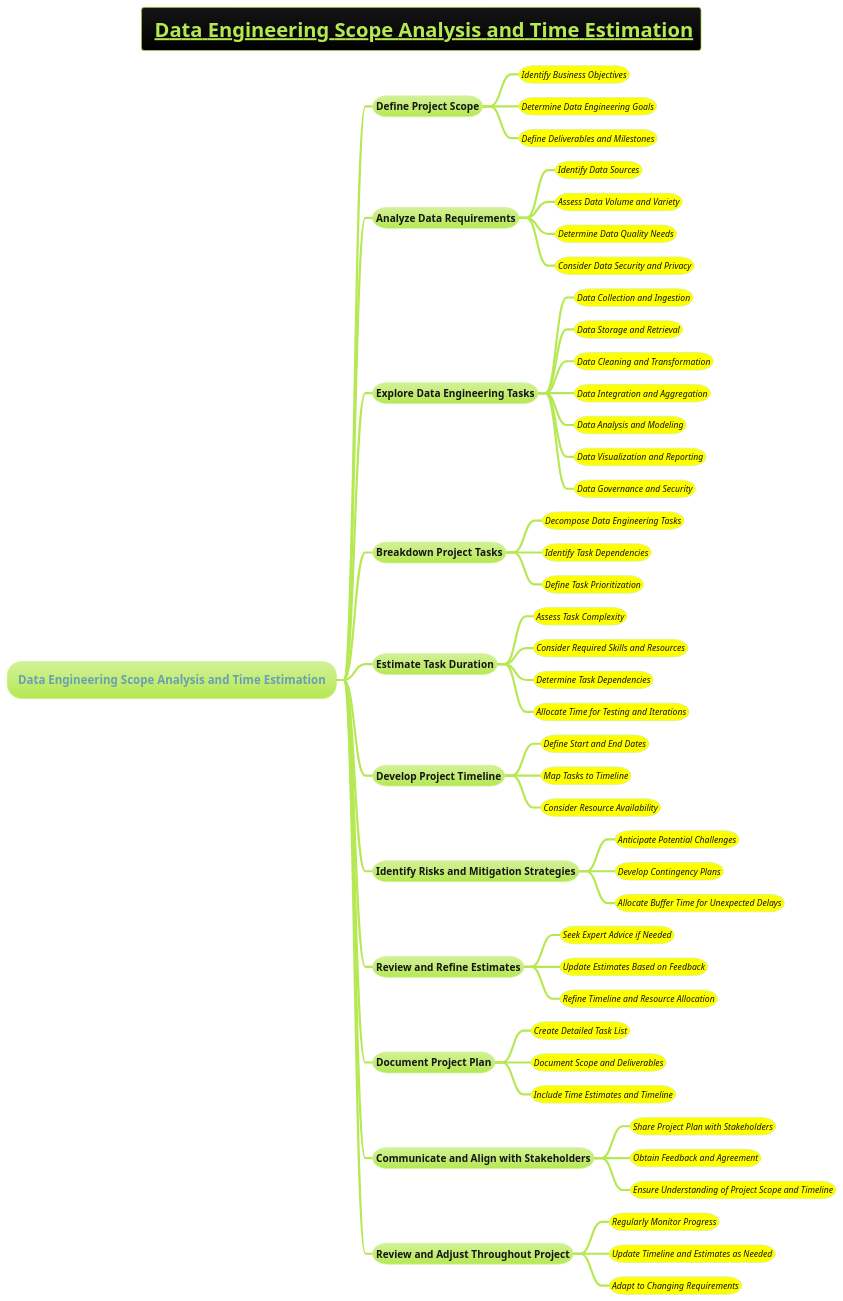
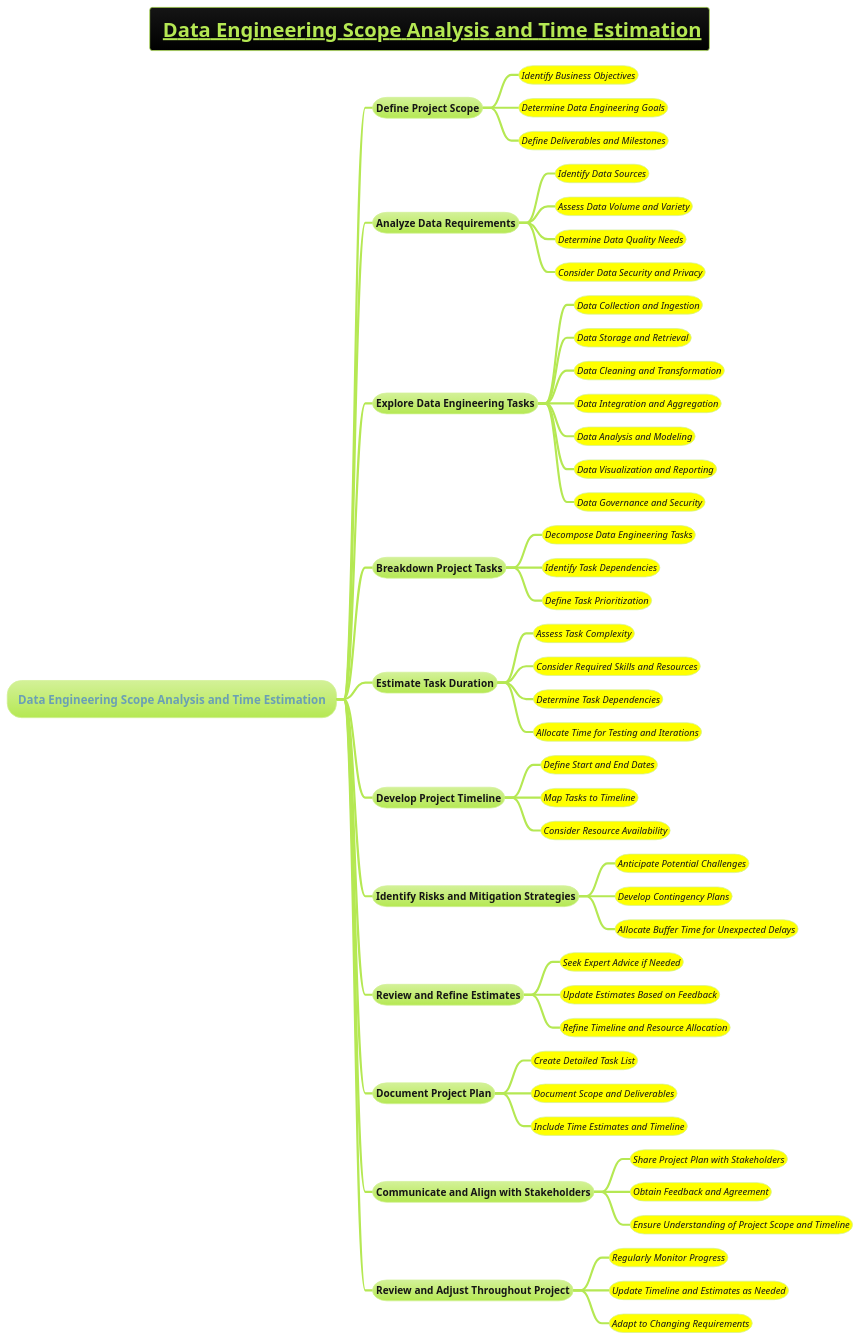
One commit to MehmoodHashmi/Documentation-as-Code-DaC changed the diagram in docs/AI-ML- DL-Data-Science-and-BigData/data-science/data-engineering/Data-Engineering-Scope-Analysis-and-Time-Estimation.puml. Above: the diagram before and after it, drawn with PlantUML. The commit also changed 1 other file, not shown here.

```diff
--- a/docs/AI-ML- DL-Data-Science-and-BigData/data-science/data-engineering/Data-Engineering-Scope-Analysis-and-Time-Estimation.puml
+++ b/docs/AI-ML- DL-Data-Science-and-BigData/data-science/data-engineering/Data-Engineering-Scope-Analysis-and-Time-Estimation.puml
@@ -1,76 +1,76 @@
 @startmindmap
 skinparam node {
     BorderColor DarkSlateGray
     BackgroundColor LightCyan
     FontStyle italic
 }
 skinparam connector {
     Color DarkSlateGray
     FontStyle Bold
 }
 !theme hacker
 title =__ Data Engineering Scope Analysis and Time Estimation__
 * Data Engineering Scope Analysis and Time Estimation
 
 ** Define Project Scope
-***[#yellow] ====<size:12>Identify Business Objectives
-***[#yellow] ====<size:12>Determine Data Engineering Goals
-***[#yellow] ====<size:12>Define Deliverables and Milestones
+***[#yellow] ====<size:13>Identify Business Objectives
+***[#yellow] ====<size:13>Determine Data Engineering Goals
+***[#yellow] ====<size:13>Define Deliverables and Milestones
 
 ** Analyze Data Requirements
-***[#yellow] ====<size:12>Identify Data Sources
-***[#yellow] ====<size:12>Assess Data Volume and Variety
-***[#yellow] ====<size:12>Determine Data Quality Needs
-***[#yellow] ====<size:12>Consider Data Security and Privacy
+***[#yellow] ====<size:13>Identify Data Sources
+***[#yellow] ====<size:13>Assess Data Volume and Variety
+***[#yellow] ====<size:13>Determine Data Quality Needs
+***[#yellow] ====<size:13>Consider Data Security and Privacy
 
 ** Explore Data Engineering Tasks
-***[#yellow] ====<size:12>Data Collection and Ingestion
-***[#yellow] ====<size:12>Data Storage and Retrieval
-***[#yellow] ====<size:12>Data Cleaning and Transformation
-***[#yellow] ====<size:12>Data Integration and Aggregation
-***[#yellow] ====<size:12>Data Analysis and Modeling
-***[#yellow] ====<size:12>Data Visualization and Reporting
-***[#yellow] ====<size:12>Data Governance and Security
+***[#yellow] ====<size:13>Data Collection and Ingestion
+***[#yellow] ====<size:13>Data Storage and Retrieval
+***[#yellow] ====<size:13>Data Cleaning and Transformation
+***[#yellow] ====<size:13>Data Integration and Aggregation
+***[#yellow] ====<size:13>Data Analysis and Modeling
+***[#yellow] ====<size:13>Data Visualization and Reporting
+***[#yellow] ====<size:13>Data Governance and Security
 
 ** Breakdown Project Tasks
-***[#yellow] ====<size:12>Decompose Data Engineering Tasks
-***[#yellow] ====<size:12>Identify Task Dependencies
-***[#yellow] ====<size:12>Define Task Prioritization
+***[#yellow] ====<size:13>Decompose Data Engineering Tasks
+***[#yellow] ====<size:13>Identify Task Dependencies
+***[#yellow] ====<size:13>Define Task Prioritization
 
 ** Estimate Task Duration
-***[#yellow] ====<size:12>Assess Task Complexity
-***[#yellow] ====<size:12>Consider Required Skills and Resources
-***[#yellow] ====<size:12>Determine Task Dependencies
-***[#yellow] ====<size:12>Allocate Time for Testing and Iterations
+***[#yellow] ====<size:13>Assess Task Complexity
+***[#yellow] ====<size:13>Consider Required Skills and Resources
+***[#yellow] ====<size:13>Determine Task Dependencies
+***[#yellow] ====<size:13>Allocate Time for Testing and Iterations
 
 ** Develop Project Timeline
-***[#yellow] ====<size:12>Define Start and End Dates
-***[#yellow] ====<size:12>Map Tasks to Timeline
-***[#yellow] ====<size:12>Consider Resource Availability
+***[#yellow] ====<size:13>Define Start and End Dates
+***[#yellow] ====<size:13>Map Tasks to Timeline
+***[#yellow] ====<size:13>Consider Resource Availability
 
 ** Identify Risks and Mitigation Strategies
-***[#yellow] ====<size:12>Anticipate Potential Challenges
-***[#yellow] ====<size:12>Develop Contingency Plans
-***[#yellow] ====<size:12>Allocate Buffer Time for Unexpected Delays
+***[#yellow] ====<size:13>Anticipate Potential Challenges
+***[#yellow] ====<size:13>Develop Contingency Plans
+***[#yellow] ====<size:13>Allocate Buffer Time for Unexpected Delays
 
 ** Review and Refine Estimates
-***[#yellow] ====<size:12>Seek Expert Advice if Needed
-***[#yellow] ====<size:12>Update Estimates Based on Feedback
-***[#yellow] ====<size:12>Refine Timeline and Resource Allocation
+***[#yellow] ====<size:13>Seek Expert Advice if Needed
+***[#yellow] ====<size:13>Update Estimates Based on Feedback
+***[#yellow] ====<size:13>Refine Timeline and Resource Allocation
 
 ** Document Project Plan
-***[#yellow] ====<size:12>Create Detailed Task List
-***[#yellow] ====<size:12>Document Scope and Deliverables
-***[#yellow] ====<size:12>Include Time Estimates and Timeline
+***[#yellow] ====<size:13>Create Detailed Task List
+***[#yellow] ====<size:13>Document Scope and Deliverables
+***[#yellow] ====<size:13>Include Time Estimates and Timeline
 
 ** Communicate and Align with Stakeholders
-***[#yellow] ====<size:12>Share Project Plan with Stakeholders
-***[#yellow] ====<size:12>Obtain Feedback and Agreement
-***[#yellow] ====<size:12>Ensure Understanding of Project Scope and Timeline
+***[#yellow] ====<size:13>Share Project Plan with Stakeholders
+***[#yellow] ====<size:13>Obtain Feedback and Agreement
+***[#yellow] ====<size:13>Ensure Understanding of Project Scope and Timeline
 
 ** Review and Adjust Throughout Project
-***[#yellow] ====<size:12>Regularly Monitor Progress
-***[#yellow] ====<size:12>Update Timeline and Estimates as Needed
-***[#yellow] ====<size:12>Adapt to Changing Requirements
+***[#yellow] ====<size:13>Regularly Monitor Progress
+***[#yellow] ====<size:13>Update Timeline and Estimates as Needed
+***[#yellow] ====<size:13>Adapt to Changing Requirements
 
 @endmindmap
```
